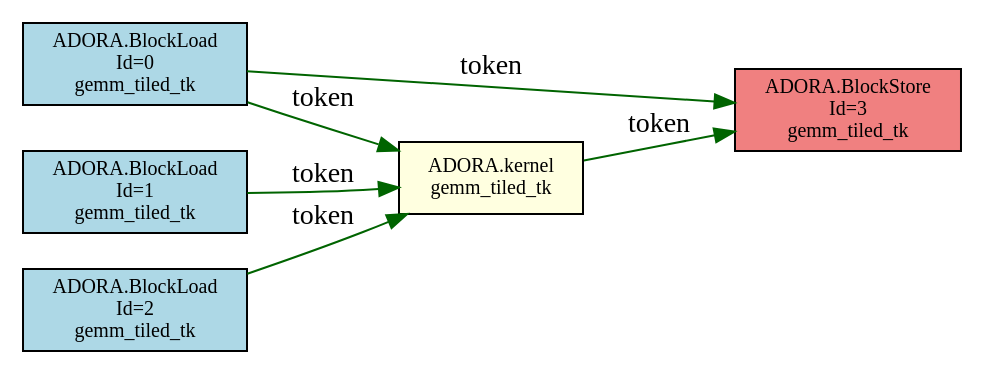
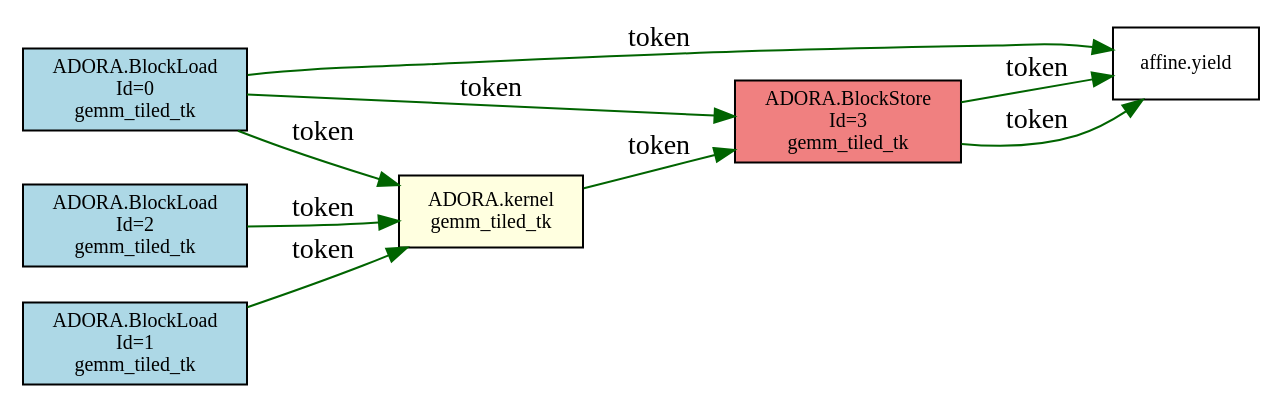
Before and after one commit to FDU-ME-ARC/adora-compiler: the diagram in experiment/taskschedule/04_gemm_tiled/tokens.dot, drawn with Graphviz. The commit also changed 16 other files, not shown here.

First line of the commit message:
PR6.2: thread loop-carried !ADORA.token via affine.for iter_args

```diff
--- a/experiment/taskschedule/04_gemm_tiled/tokens.dot
+++ b/experiment/taskschedule/04_gemm_tiled/tokens.dot
@@ -1,14 +1,18 @@
 digraph token_graph {
   rankdir=LR;
   node [shape=box, fontsize=10];
-  "0x562ab7ffd6b0" [label="ADORA.BlockLoad\nId=0\ngemm_tiled_tk", style=filled, fillcolor=lightblue];
-  "0x562ab7ff9df0" [label="ADORA.kernel\ngemm_tiled_tk", style=filled, fillcolor=lightyellow];
-  "0x562ab7fec720" [label="ADORA.BlockLoad\nId=1\ngemm_tiled_tk", style=filled, fillcolor=lightblue];
-  "0x562ab800cc00" [label="ADORA.BlockStore\nId=3\ngemm_tiled_tk", style=filled, fillcolor=lightcoral];
-  "0x562ab7fec550" [label="ADORA.BlockLoad\nId=2\ngemm_tiled_tk", style=filled, fillcolor=lightblue];
-  "0x562ab7ffd6b0" -> "0x562ab800cc00" [label="token", color=darkgreen];
-  "0x562ab7ffd6b0" -> "0x562ab7ff9df0" [label="token", color=darkgreen];
-  "0x562ab7fec720" -> "0x562ab7ff9df0" [label="token", color=darkgreen];
-  "0x562ab7fec550" -> "0x562ab7ff9df0" [label="token", color=darkgreen];
-  "0x562ab7ff9df0" -> "0x562ab800cc00" [label="token", color=darkgreen];
+  "0x55a446adeb20" [label="ADORA.BlockLoad\nId=0\ngemm_tiled_tk", style=filled, fillcolor=lightblue];
+  "0x55a446af3080" [label="affine.yield"];
+  "0x55a446af1970" [label="ADORA.BlockStore\nId=3\ngemm_tiled_tk", style=filled, fillcolor=lightcoral];
+  "0x55a446ad9aa0" [label="ADORA.kernel\ngemm_tiled_tk", style=filled, fillcolor=lightyellow];
+  "0x55a446acd400" [label="ADORA.BlockLoad\nId=2\ngemm_tiled_tk", style=filled, fillcolor=lightblue];
+  "0x55a446acd5d0" [label="ADORA.BlockLoad\nId=1\ngemm_tiled_tk", style=filled, fillcolor=lightblue];
+  "0x55a446adeb20" -> "0x55a446af3080" [label="token", color=darkgreen];
+  "0x55a446adeb20" -> "0x55a446af1970" [label="token", color=darkgreen];
+  "0x55a446adeb20" -> "0x55a446ad9aa0" [label="token", color=darkgreen];
+  "0x55a446acd5d0" -> "0x55a446ad9aa0" [label="token", color=darkgreen];
+  "0x55a446acd400" -> "0x55a446ad9aa0" [label="token", color=darkgreen];
+  "0x55a446ad9aa0" -> "0x55a446af1970" [label="token", color=darkgreen];
+  "0x55a446af1970" -> "0x55a446af3080" [label="token", color=darkgreen];
+  "0x55a446af1970" -> "0x55a446af3080" [label="token", color=darkgreen];
 }
```
